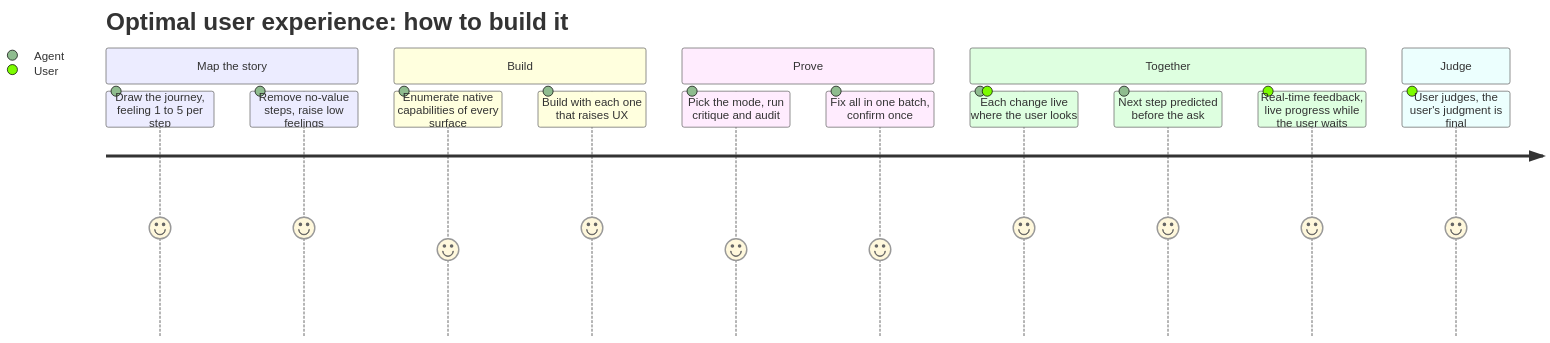
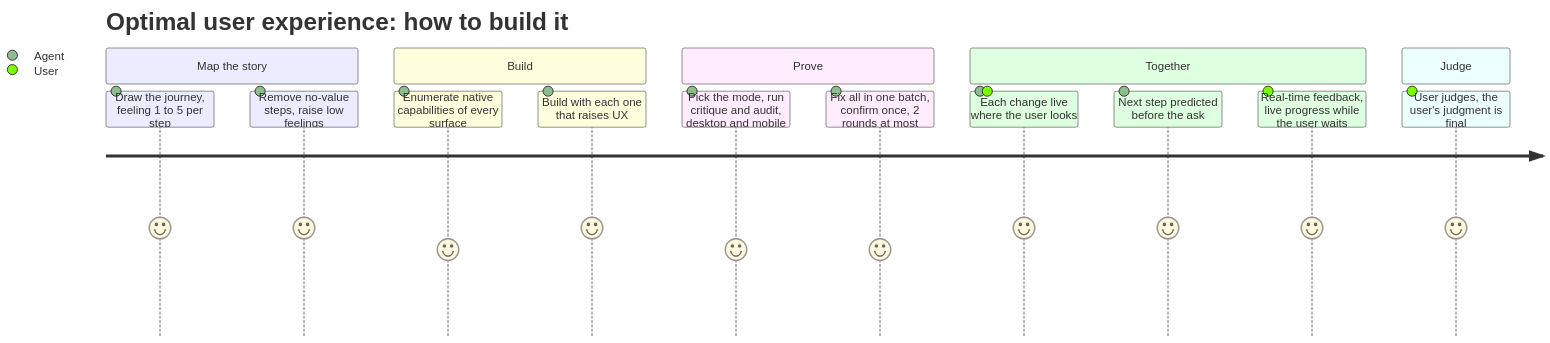
One commit to SolenixAI/arbiter changed the third of 14 diagrams in AGENTS.md. Above: the diagram before and after it, drawn with Mermaid. The commit also changed other lines of this file, not shown here.

First line of the commit message:
fix(agents): apply the fresh review of the audit fixes

````diff
--- a/AGENTS.md
+++ b/AGENTS.md
@@ -120,19 +122,19 @@
 ```mermaid
 journey
   title Optimal user experience: how to build it
   section Map the story
     Draw the journey, feeling 1 to 5 per step: 5: Agent
     Remove no-value steps, raise low feelings: 5: Agent
   section Build
     Enumerate native capabilities of every surface: 4: Agent
     Build with each one that raises UX: 5: Agent
   section Prove
-    Pick the mode, run critique and audit: 4: Agent
-    Fix all in one batch, confirm once: 4: Agent
+    Pick the mode, run critique and audit, desktop and mobile: 4: Agent
+    Fix all in one batch, confirm once, 2 rounds at most: 4: Agent
   section Together
     Each change live where the user looks: 5: Agent, User
     Next step predicted before the ask: 5: Agent
     Real-time feedback, live progress while the user waits: 5: User
   section Judge
     User judges, the user's judgment is final: 5: User
 ```
````
